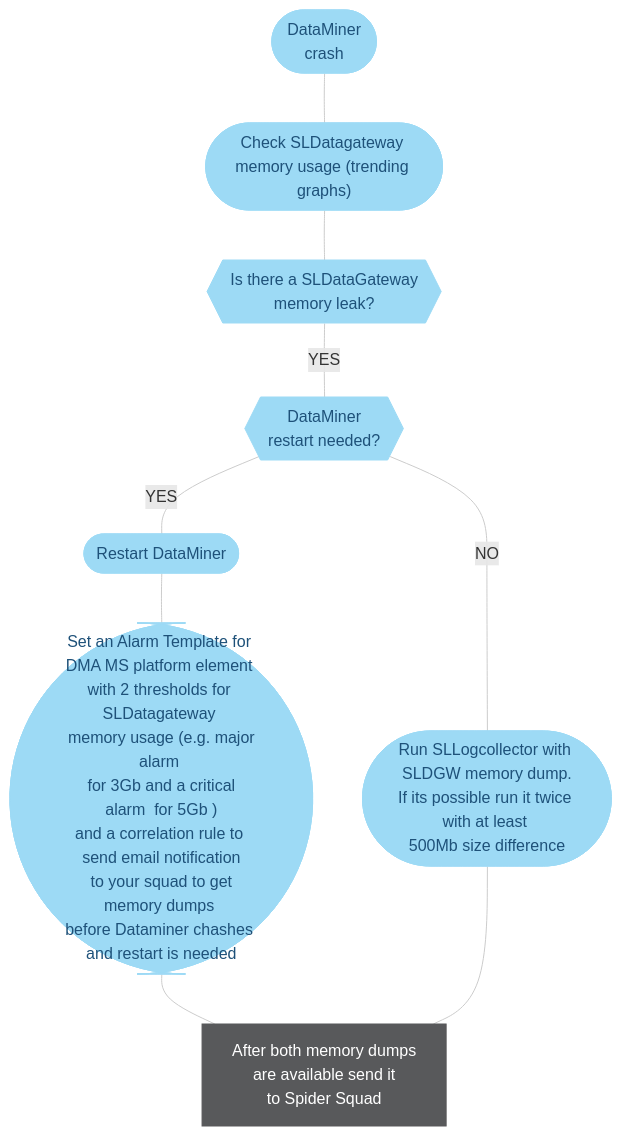
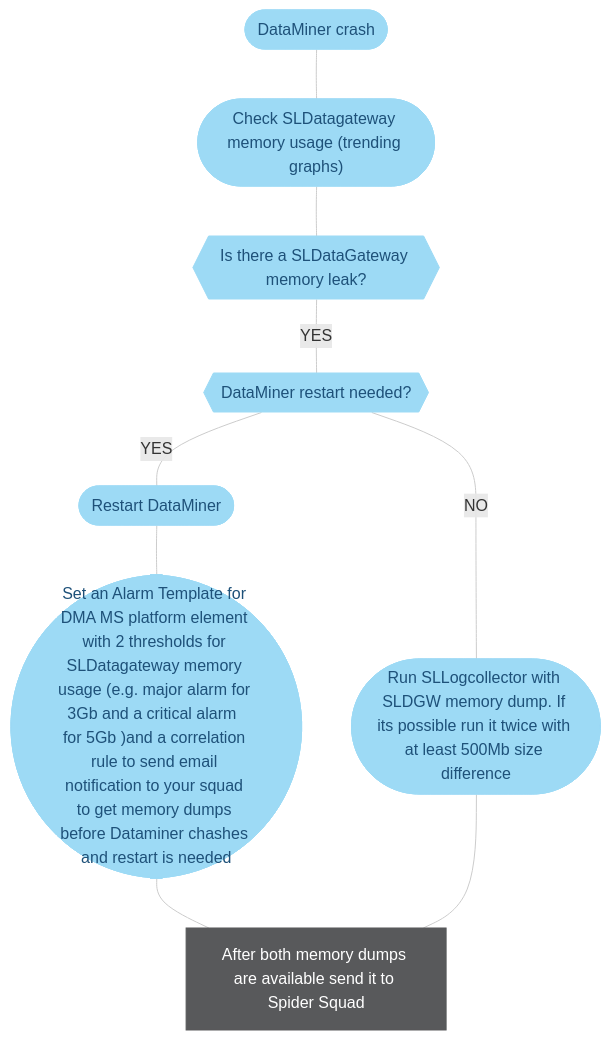
Before and after one commit to SkylineCommunications/dataminer-docs: the fourth of 5 diagrams in user-guide/Troubleshooting/Troubleshooting_Flowcharts/Troubleshooting_Process_Identification/Database_processes/Troubleshooting_SLDataGateway_exe.md, drawn with Mermaid. The commit also changed other lines of this file and 21 other files, not shown here.

````diff
--- a/user-guide/Troubleshooting/Troubleshooting_Flowcharts/Troubleshooting_Process_Identification/Database_processes/Troubleshooting_SLDataGateway_exe.md
+++ b/user-guide/Troubleshooting/Troubleshooting_Flowcharts/Troubleshooting_Process_Identification/Database_processes/Troubleshooting_SLDataGateway_exe.md
@@ -145,38 +145,38 @@
 ```mermaid
 flowchart TD
 %% -------------------------------------------------------------------------
 %% Cassandra flowchart - Nodetool Status
 %% -------------------------------------------------------------------------
 %% -------------------------------------------------------------------------
 %% Define styles
 %% -------------------------------------------------------------------------
 linkStyle default stroke:#cccccc
 classDef classAction fill:#dddddd,stroke:#dddddd,color:#1E5179,stroke-width:1px;
 classDef classActionClickable fill:#999999,stroke:#999999,color:#ffffff,stroke-width:1px;
 classDef classDecision fill:#4baeea,stroke:#4baeea,color:#ffffff,stroke-width:1px;
 classDef classExternalRef fill:#9ddaf5,stroke:#9ddaf5,color:#1E5179,stroke-width:1px;
 classDef classSolution fill:#58595b,stroke:#58595b,color:#ffffff,stroke-width:1px;
 classDef classTerminal fill:#1e5179,stroke:#1e5179,color:#ffffff,stroke-width:1px;
 %% -------------------------------------------------------------------------
 %% flowchart structure
 %% -------------------------------------------------------------------------
-Action_DataMinerCrash([DataMiner <br>crash]):::classExternalRef
-Action_CrashSLDataGateway(["Check SLDatagateway <br>memory usage (trending graphs)"]):::classExternalRef
+Action_DataMinerCrash([DataMiner crash]):::classExternalRef
+Action_CrashSLDataGateway(["Check SLDatagateway memory usage (trending graphs)"]):::classExternalRef
 Action_CrashSLDataGatewayLeakRestartYes([Restart DataMiner]):::classExternalRef
-Action_CrashSLDataGatewayLeakRestartYes2(["Set an Alarm Template for DMA MS platform element <br>with 2 thresholds for SLDatagateway <br> memory usage (e.g. major alarm <br> for 3Gb and a critical alarm  for 5Gb )<br>and a correlation rule to send email notification<br> to your squad to get memory dumps <br>before Dataminer chashes and restart is needed"]):::classExternalRef
-Action_CrashSLDataGatewayLeakRestartNo([Run SLLogcollector with SLDGW memory dump.<br>If its possible run it twice with at least <br>500Mb size difference]):::classExternalRef
-Action_CrashSLDataGatewaySpider[After both memory dumps <br>are available send it <br>to Spider Squad]:::classSolution
-Decision_CrashSLDataGatewayLeak{{Is there a SLDataGateway <br>memory leak?}}:::classExternalRef
-Decision_CrashSLDataGatewayLeakRestart{{DataMiner <br>restart needed?}}:::classExternalRef
+Action_CrashSLDataGatewayLeakRestartYes2(["Set an Alarm Template for DMA MS platform element with 2 thresholds for SLDatagateway memory usage (e.g. major alarm for 3Gb and a critical alarm  for 5Gb )and a correlation rule to send email notification to your squad to get memory dumps before Dataminer chashes and restart is needed"]):::classExternalRef
+Action_CrashSLDataGatewayLeakRestartNo([Run SLLogcollector with SLDGW memory dump. If its possible run it twice with at least 500Mb size difference]):::classExternalRef
+Action_CrashSLDataGatewaySpider[After both memory dumps are available send it to Spider Squad]:::classSolution
+Decision_CrashSLDataGatewayLeak{{Is there a SLDataGateway memory leak?}}:::classExternalRef
+Decision_CrashSLDataGatewayLeakRestart{{DataMiner restart needed?}}:::classExternalRef
     Action_DataMinerCrash --- Action_CrashSLDataGateway --- Decision_CrashSLDataGatewayLeak
     Decision_CrashSLDataGatewayLeak --- |YES| Decision_CrashSLDataGatewayLeakRestart
     Decision_CrashSLDataGatewayLeakRestart --- |YES| Action_CrashSLDataGatewayLeakRestartYes
     Decision_CrashSLDataGatewayLeakRestart --- |NO| Action_CrashSLDataGatewayLeakRestartNo
     Action_CrashSLDataGatewayLeakRestartYes --- Action_CrashSLDataGatewayLeakRestartYes2 --- Action_CrashSLDataGatewaySpider
     Action_CrashSLDataGatewayLeakRestartNo --- Action_CrashSLDataGatewaySpider
 %% -------------------------------------------------------------------------
 %% all blocks terminating at a common End?
 %% -------------------------------------------------------------------------
 %% Apply styles to blocks
 %% -------------------------------------------------------------------------
 ```
````
